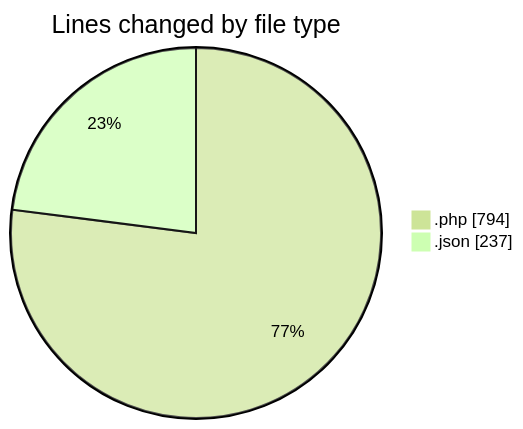
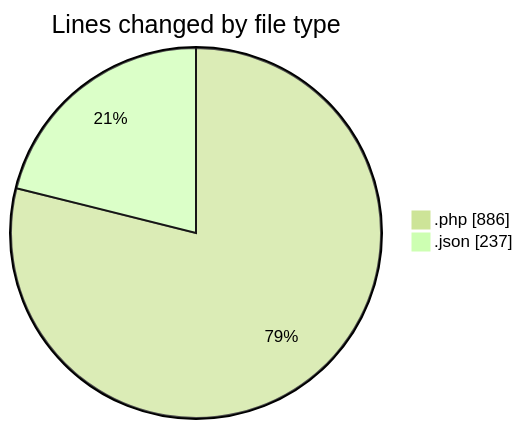
Before and after one commit to idhammustaqopulfikri/code-tracking: the first of 2 diagrams in 2025-06-02/studio-backend/README.md, drawn with Mermaid (forest theme). The commit also changed other lines of this file and 1 other file, not shown here.

````diff
--- a/2025-06-02/studio-backend/README.md
+++ b/2025-06-02/studio-backend/README.md
@@ -32,6 +33,6 @@
 ```mermaid
 pie showData
 title Lines changed by file type
-".php" : 794
+".php" : 886
 ".json" : 237
 ```
````
